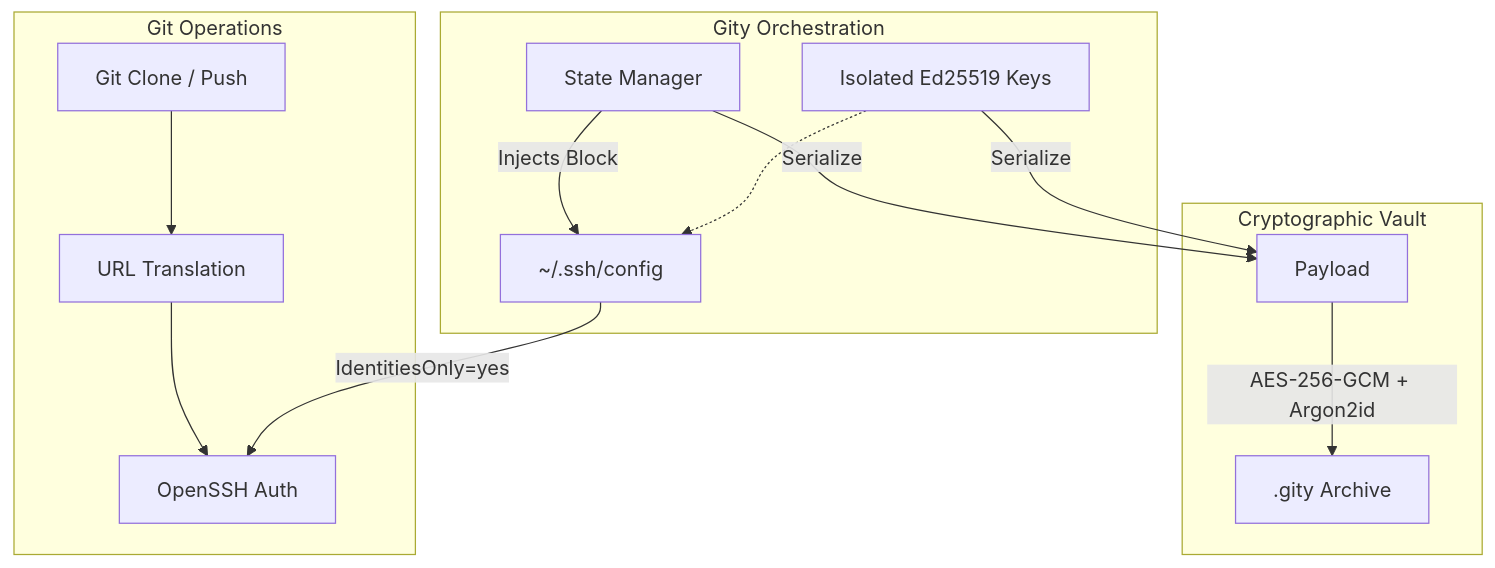
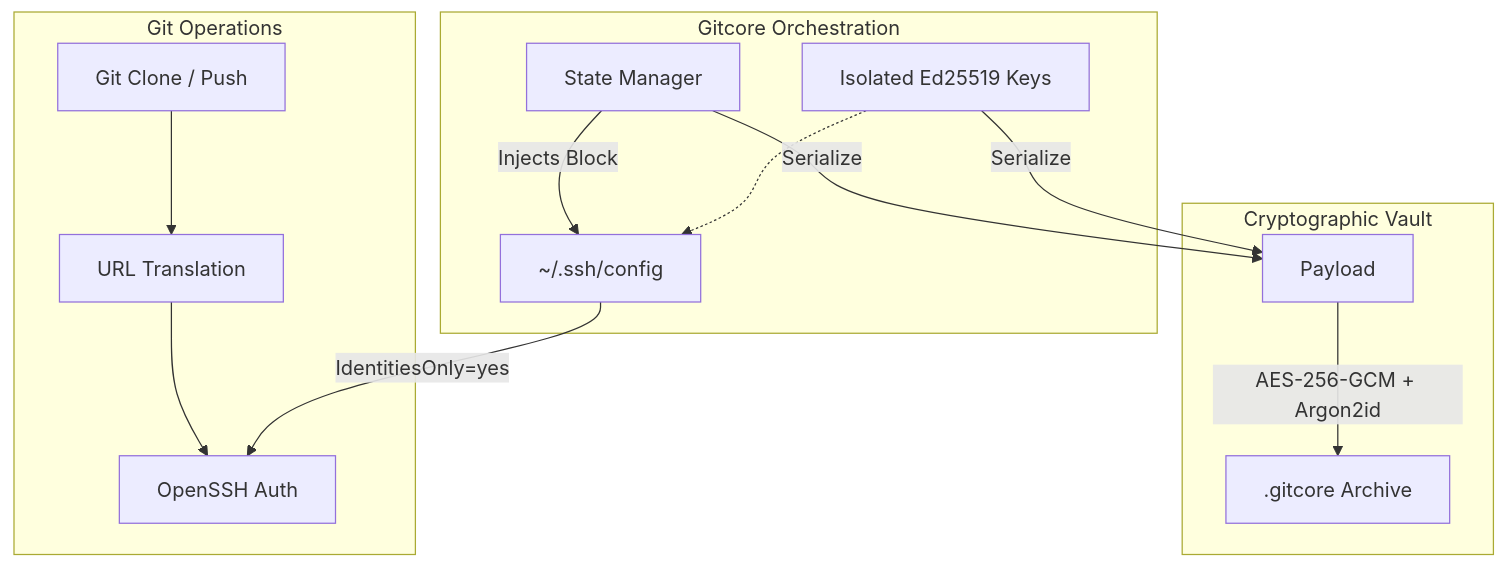
The diagram in portfolio.md (shedrackgodstime/gitcore), drawn with Mermaid before and after one commit. The commit also changed other lines of this file and 15 other files, not shown here.

````diff
--- a/portfolio.md
+++ b/portfolio.md
@@ -32,20 +32,20 @@
 ```mermaid
 graph TD
     subgraph Git Operations
         GC[Git Clone / Push] --> URL[URL Translation]
         URL --> SSH[OpenSSH Auth]
     end
 
-    subgraph Gity Orchestration
+    subgraph Gitcore Orchestration
         GCfg[State Manager] -->|Injects Block| SSHConfig[~/.ssh/config]
         Keys[Isolated Ed25519 Keys] -.-> SSHConfig
     end
 
     subgraph Cryptographic Vault
         GCfg -->|Serialize| Payload
         Keys -->|Serialize| Payload
-        Payload -->|AES-256-GCM + Argon2id| Vault[.gity Archive]
+        Payload -->|AES-256-GCM + Argon2id| Vault[.gitcore Archive]
     end
 
     SSHConfig -->|IdentitiesOnly=yes| SSH
 ```
````
